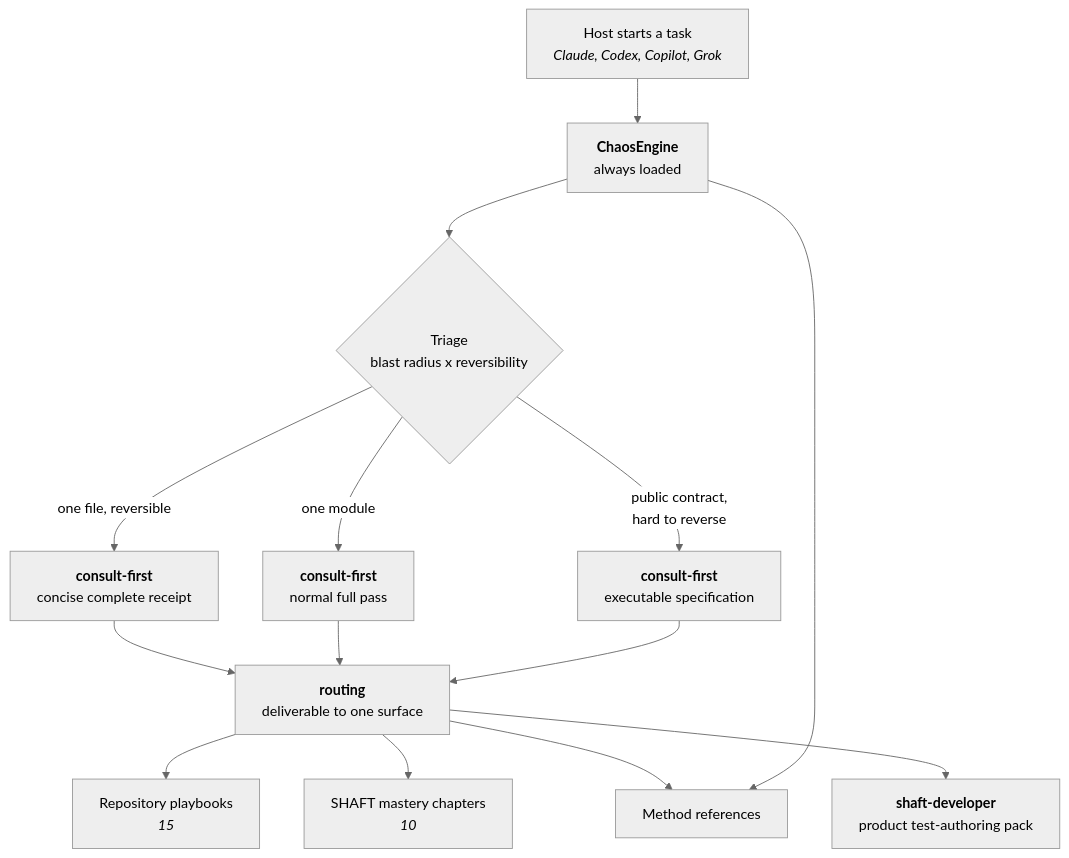
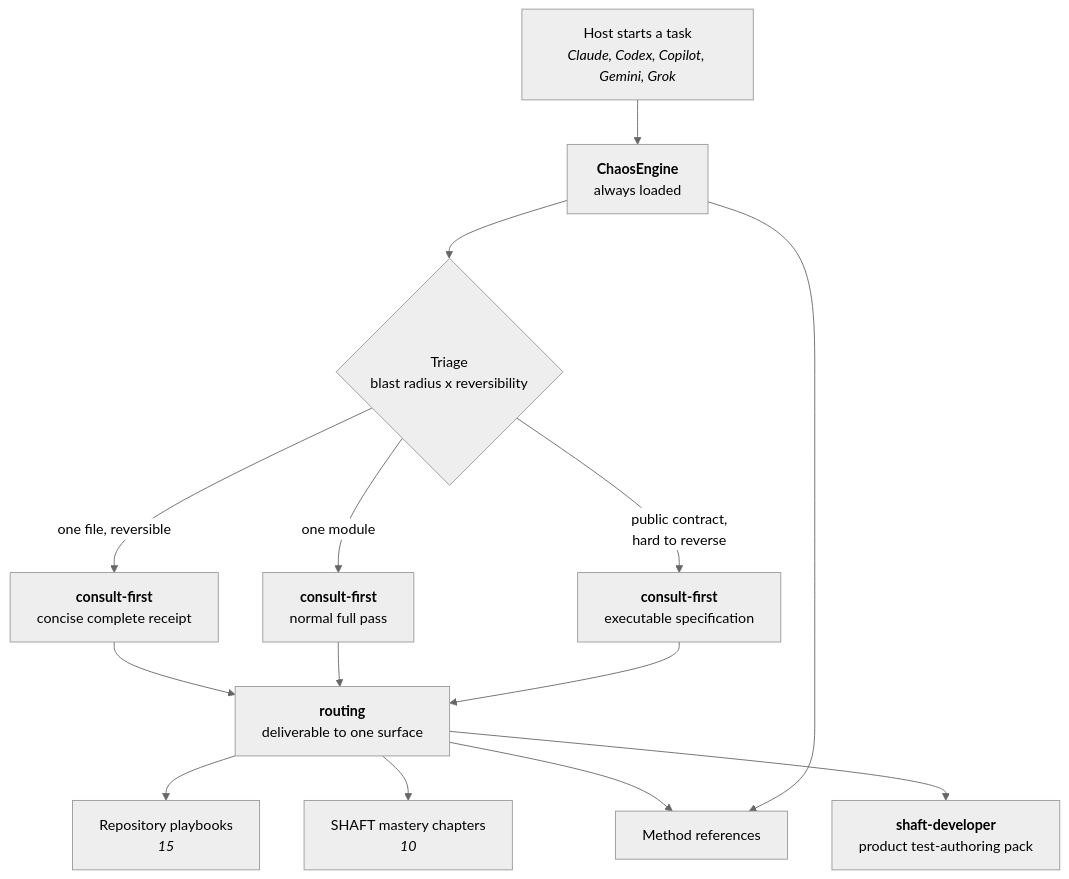
One commit to ShaftHQ/SHAFT_ENGINE changed the first of 4 diagrams in .agents/skills/README.md. Above: the diagram before and after it, drawn with Mermaid (neutral theme). The commit also changed other lines of this file and 7 other files, not shown here.

````diff
--- a/.agents/skills/README.md
+++ b/.agents/skills/README.md
@@ -20,22 +20,22 @@
 ```mermaid
 flowchart TD
-    H["Host starts a task<br/><i>Claude, Codex, Copilot, Grok</i>"] --> E
+    H["Host starts a task<br/><i>Claude, Codex, Copilot, Gemini, Grok</i>"] --> E
 
     E["<b>ChaosEngine</b><br/>always loaded"]
     E --> T{"Triage<br/>blast radius x reversibility"}
 
     T -->|"one file, reversible"| GO["<b>consult-first</b><br/>concise complete receipt"]
     T -->|"one module"| C["<b>consult-first</b><br/>normal full pass"]
     T -->|"public contract,<br/>hard to reverse"| CF["<b>consult-first</b><br/>executable specification"]
 
     GO --> R
     C --> R
     CF --> R
 
     R["<b>routing</b><br/>deliverable to one surface"]
     R --> P["Repository playbooks<br/><i>15</i>"]
     R --> M["SHAFT mastery chapters<br/><i>10</i>"]
     R --> D["Method references"]
     E --> D
     R --> S["<b>shaft-developer</b><br/>product test-authoring pack"]
 ```
````
